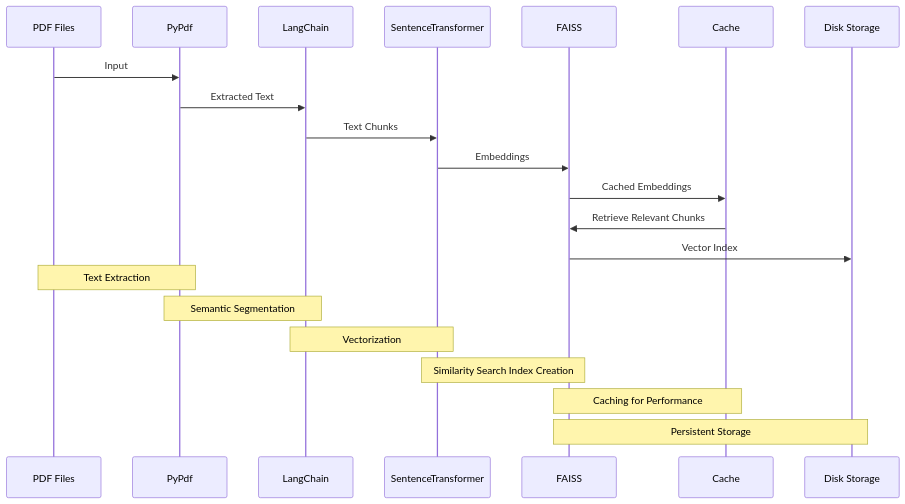
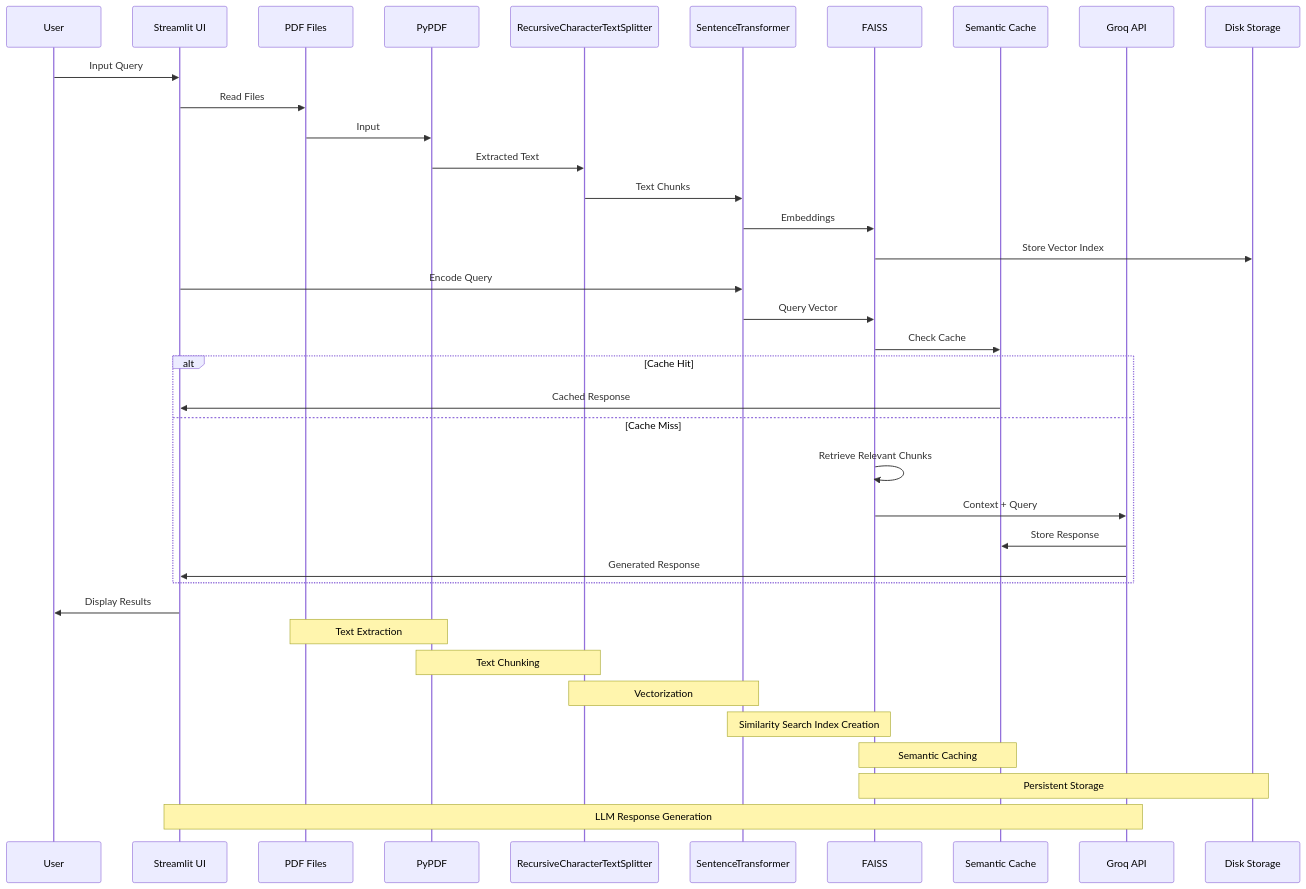
The third of 7 diagrams in readme.md (kanad13/RAGify), drawn with Mermaid before and after one commit. The commit also changed other lines of this file, not shown here.

Commit message:
mermaid diagrams updated

````diff
--- a/readme.md
+++ b/readme.md
@@ -267,25 +252,41 @@
 ```mermaid
 sequenceDiagram
-participant PDF as PDF Files
-participant PyPdf as PyPdf
-participant LangChain as LangChain
-participant SentenceTransformer as SentenceTransformer
-participant FAISS as FAISS
-participant Cache as Cache
-participant Disk as Disk Storage
+    participant User
+    participant Streamlit as Streamlit UI
+    participant PDF as PDF Files
+    participant PyPDF as PyPDF
+    participant TextSplitter as RecursiveCharacterTextSplitter
+    participant SentenceTransformer as SentenceTransformer
+    participant FAISS as FAISS
+    participant Cache as Semantic Cache
+    participant Groq as Groq API
+    participant Disk as Disk Storage
 
-PDF->>PyPdf: Input
-PyPdf->>LangChain: Extracted Text
-LangChain->>SentenceTransformer: Text Chunks
-SentenceTransformer->>FAISS: Embeddings
-FAISS->>Cache: Cached Embeddings
-Cache->>FAISS: Retrieve Relevant Chunks
-FAISS->>Disk: Vector Index
+    User->>Streamlit: Input Query
+    Streamlit->>PDF: Read Files
+    PDF->>PyPDF: Input
+    PyPDF->>TextSplitter: Extracted Text
+    TextSplitter->>SentenceTransformer: Text Chunks
+    SentenceTransformer->>FAISS: Embeddings
+    FAISS->>Disk: Store Vector Index
+    Streamlit->>SentenceTransformer: Encode Query
+    SentenceTransformer->>FAISS: Query Vector
+    FAISS->>Cache: Check Cache
+    alt Cache Hit
+        Cache->>Streamlit: Cached Response
+    else Cache Miss
+        FAISS->>FAISS: Retrieve Relevant Chunks
+        FAISS->>Groq: Context + Query
+        Groq->>Cache: Store Response
+        Groq->>Streamlit: Generated Response
+    end
+    Streamlit->>User: Display Results
 
-Note over PDF,PyPdf: Text Extraction
-Note over PyPdf,LangChain: Semantic Segmentation
-Note over LangChain,SentenceTransformer: Vectorization
-Note over SentenceTransformer,FAISS: Similarity Search Index Creation
-Note over FAISS,Cache: Caching for Performance
-Note over FAISS,Disk: Persistent Storage
+    Note over PDF,PyPDF: Text Extraction
+    Note over PyPDF,TextSplitter: Text Chunking
+    Note over TextSplitter,SentenceTransformer: Vectorization
+    Note over SentenceTransformer,FAISS: Similarity Search Index Creation
+    Note over FAISS,Cache: Semantic Caching
+    Note over FAISS,Disk: Persistent Storage
+    Note over Groq,Streamlit: LLM Response Generation
 ```
````
